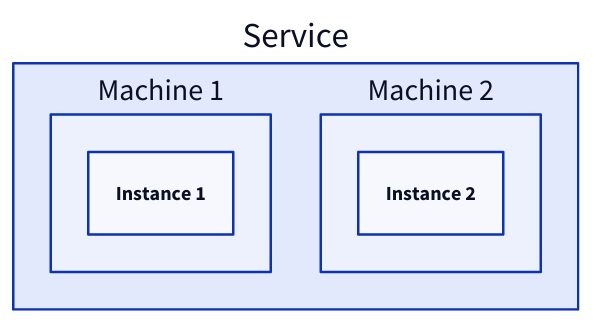
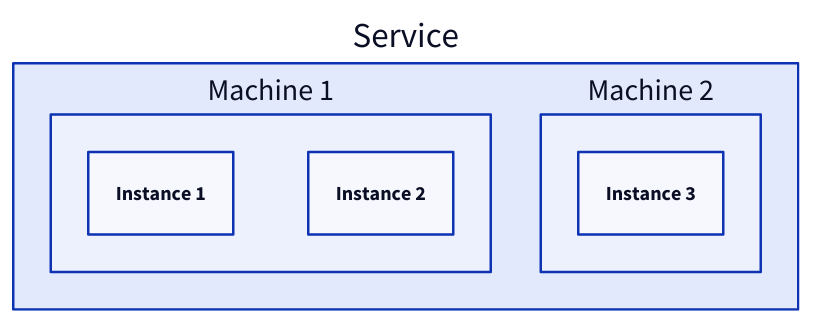
Before and after one commit to link1905/system-design-101: the second of 16 diagrams in content/docs/web-service/service-cluster.md, drawn with D2. The commit also changed other lines of this file and 10 other files, not shown here.

````diff
--- a/content/docs/web-service/service-cluster.md
+++ b/content/docs/web-service/service-cluster.md
@@ -34,14 +34,17 @@
 ```d2
 sv-no: Service {
   m1: Machine 1 {
    Instance 1 {
       class: process
    }
+   Instance 2 {
+      class: process
+   }
   }
   m2: Machine 2 {
-   Instance 2 {
+   Instance 3 {
       class: process
    }
   }
 }
 ```
````
